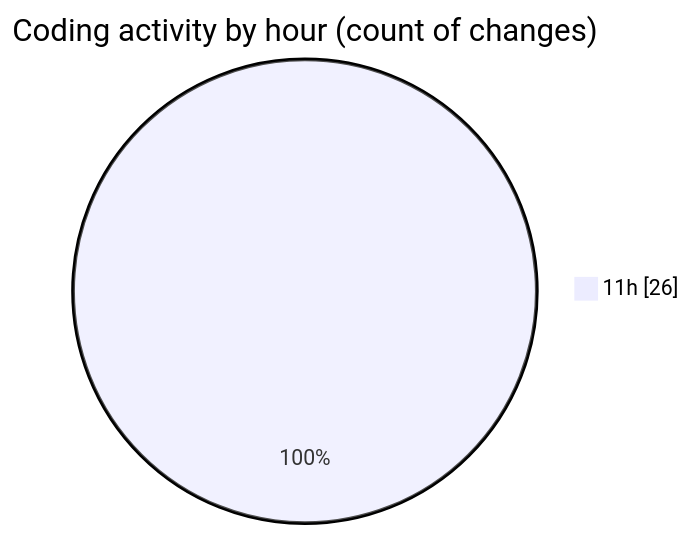
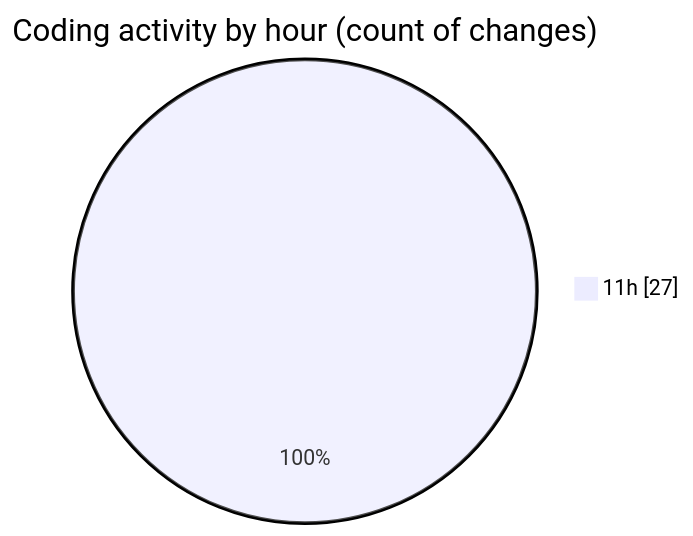
The second of 2 diagrams in 2025-04-18/myws__workspace_/README.md (MatusMokan/code-tracking), drawn with Mermaid before and after one commit. The commit also changed other lines of this file and 1 other file, not shown here.

````diff
--- a/2025-04-18/myws__workspace_/README.md
+++ b/2025-04-18/myws__workspace_/README.md
@@ -28,5 +28,5 @@
 ```mermaid
 pie showData
 title Coding activity by hour (count of changes)
-"11h" : 26
+"11h" : 27
 ```
````
